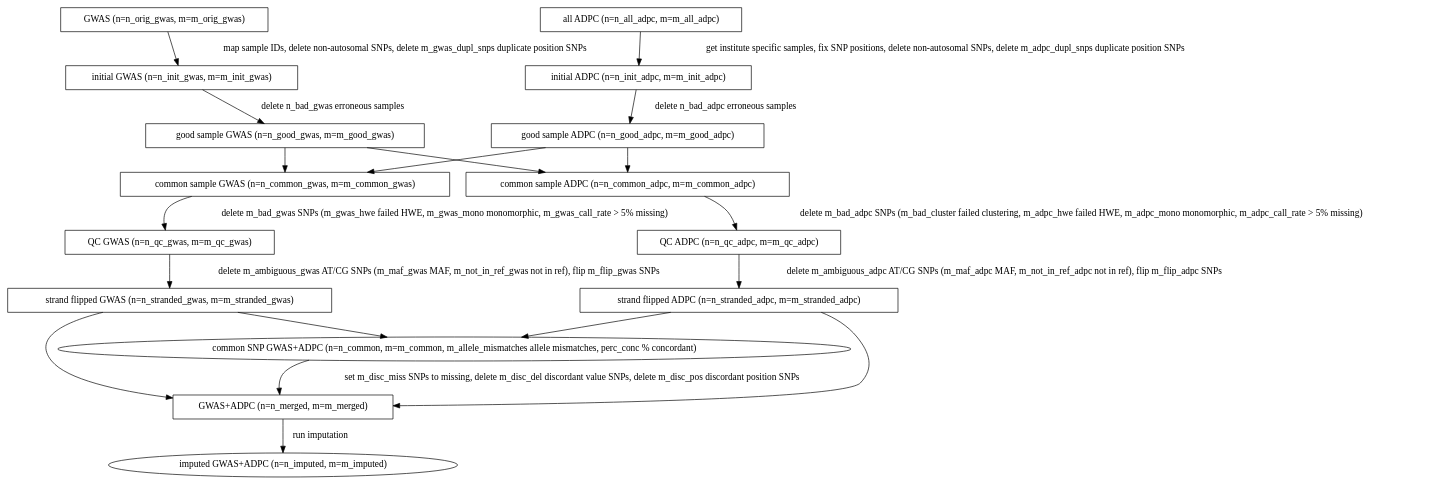
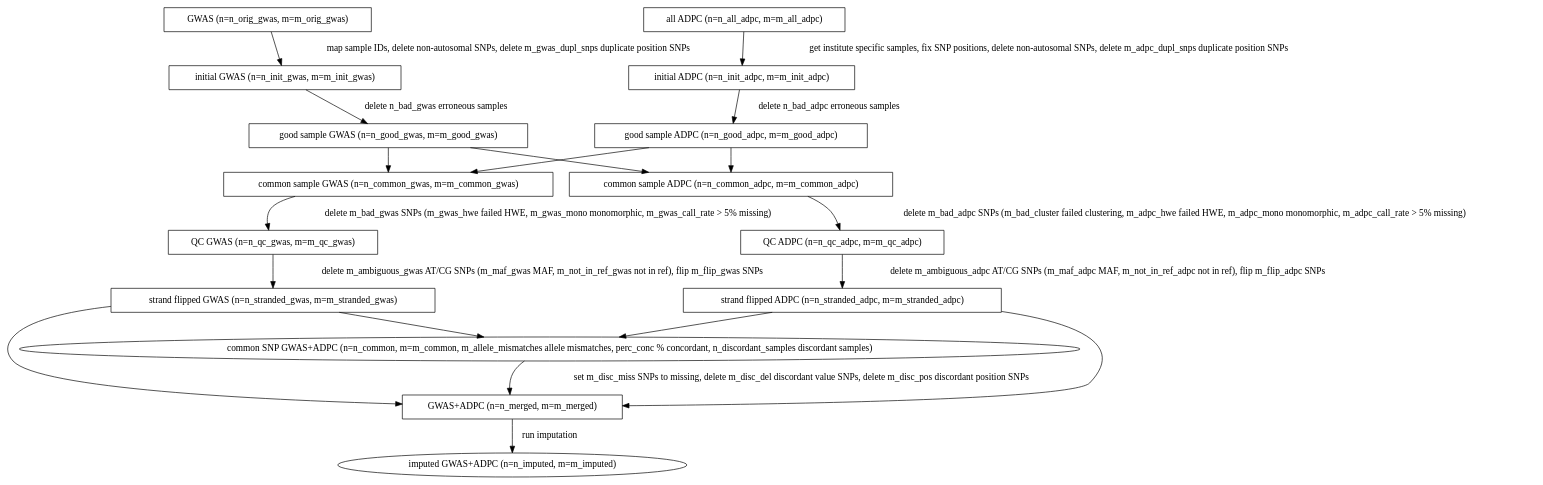
Before and after one commit to CAAPA/gwas_adpc_imputation_pipeline: the diagram in doc/flow.dot, drawn with Graphviz. The commit also changed 2 other files, not shown here.

Commit message:
Comitting changes to check if there are any discordant samplesy

```diff
--- a/doc/flow.dot
+++ b/doc/flow.dot
@@ -1,91 +1,91 @@
 #!dot
 digraph {
 
     //Initial GWAS flow
 
     ORIG_GWAS [label="GWAS (n=n_orig_gwas, m=m_orig_gwas)",
                shape=box] //params: n_orig_gwas, m_orig_gwas
     INIT_GWAS [label="initial GWAS (n=n_init_gwas, m=m_init_gwas)",
                shape=box] //params: n_init_gwas, m_init_gwas
     ORIG_GWAS -> INIT_GWAS [label= " map sample IDs, delete non-autosomal SNPs, delete m_gwas_dupl_snps duplicate position SNPs"];
                  //script: get_gwas_samples
 
 
     GOOD_GWAS [label="good sample GWAS (n=n_good_gwas, m=m_good_gwas)",
                shape=box] //params: n_good_gwas, m_good_gwas
     INIT_GWAS -> GOOD_GWAS [label=" delete n_bad_gwas erroneous samples"];
                 //script: get_good_samples; params: n_bad_gwas
 
     COMMON_GWAS [label="common sample GWAS (n=n_common_gwas, m=m_common_gwas)",
                  shape=box] //params: n_common_gwas, m=m_common_gwas
     GOOD_GWAS -> COMMON_GWAS;
                  //script: get_common_samples
 
     QC_GWAS [label="QC GWAS (n=n_qc_gwas, m=m_qc_gwas)",
              shape=box] //params: n_qc_gwas, m=m_qc_gwas
     COMMON_GWAS -> QC_GWAS [label=" delete m_bad_gwas SNPs (m_gwas_hwe failed HWE, m_gwas_mono monomorphic, m_gwas_call_rate > 5% missing)"];
                 //script: do_gwas_qc; params: m_bad_gwas
                 //m (whatever subcategories removed)
 
 
     FLIPPED_GWAS [label="strand flipped GWAS (n=n_stranded_gwas, m=m_stranded_gwas)",
                   shape=box] //params: n_stranded_gwas, m_stranded_gwas
     QC_GWAS -> FLIPPED_GWAS  [label=" delete m_ambiguous_gwas AT/CG SNPs (m_maf_gwas MAF, m_not_in_ref_gwas not in ref), flip m_flip_gwas SNPs"];
                  //script: flip_strands; params: m_flip_gwas, m_ambiguous_gwas
 
 
     //Initial ADPC flow
 
     ALL_ADPC [label="all ADPC (n=n_all_adpc, m=m_all_adpc)",
               shape=box] //params:n_all_adpc, m_all_adpc
     INIT_ADPC [label="initial ADPC (n=n_init_adpc, m=m_init_adpc)",
                shape=box] //params: n_init_adpc, m_init_adpc
     ALL_ADPC -> INIT_ADPC [label=" get institute specific samples, fix SNP positions, delete non-autosomal SNPs, delete m_adpc_dupl_snps duplicate position SNPs"]
                 //script: get_adpc_samples (site)
 
 
     GOOD_ADPC [label="good sample ADPC (n=n_good_adpc, m=m_good_adpc)",
                shape=box] //params: n_good_adpc, m_good_adpc
     INIT_ADPC -> GOOD_ADPC [label=" delete n_bad_adpc erroneous samples"];
                 //script: get_good_samples; params: n_bad_adpc
 
     COMMON_ADPC [label="common sample ADPC (n=n_common_adpc, m=m_common_adpc)",
                  shape=box] //params: n_common_adpc, m=m_common_adpc
     GOOD_ADPC -> COMMON_ADPC;
                  //script: get_common_samples
 
     QC_ADPC [label="QC ADPC (n=n_qc_adpc, m=m_qc_adpc)",
              shape=box] //params: n_qc_adpc, m=m_qc_adpc
     COMMON_ADPC -> QC_ADPC [label=" delete m_bad_adpc SNPs (m_bad_cluster failed clustering, m_adpc_hwe failed HWE, m_adpc_mono monomorphic, m_adpc_call_rate > 5% missing)"];
                 //script: do_adpc_qc; params: m_bad_adpc
                 //m (whatever subcategories removed)
                 //remember to also remove ACGT
 
     FLIPPED_ADPC [label="strand flipped ADPC (n=n_stranded_adpc, m=m_stranded_adpc)",
                   shape=box] //params: n_stranded_adpc, m_stranded_adpc
     QC_ADPC -> FLIPPED_ADPC [label=" delete m_ambiguous_adpc AT/CG SNPs (m_maf_adpc MAF, m_not_in_ref_adpc not in ref), flip m_flip_adpc SNPs"]
                  //script: flip_strands; params: m_flip_adpc, m_ambiguous_adpc
 
 
 
     //GWAS + ADPC flows
 
     GOOD_ADPC -> COMMON_GWAS;
     GOOD_GWAS -> COMMON_ADPC;
 
-    COMMON_SNP [label="common SNP GWAS+ADPC (n=n_common, m=m_common, m_allele_mismatches allele mismatches, perc_conc % concordant)",
+    COMMON_SNP [label="common SNP GWAS+ADPC (n=n_common, m=m_common, m_allele_mismatches allele mismatches, perc_conc % concordant, n_discordant_samples discordant samples)",
                 shape=ellipse] //params: n_common, m_common
     FLIPPED_GWAS -> COMMON_SNP; //script: get_common_snp_files
     FLIPPED_ADPC -> COMMON_SNP; //script: get_common_snp_files
 
     MERGED [label="GWAS+ADPC (n=n_merged, m=m_merged)",
             shape=box] //params: n_merged, m_merged
     COMMON_SNP -> MERGED [label= " set m_disc_miss SNPs to missing, delete m_disc_del discordant value SNPs, delete m_disc_pos discordant position SNPs"];
             //script: merge_adpc_gwas; params: m_disc_miss, m_disc_del
     FLIPPED_GWAS -> MERGED;
     FLIPPED_ADPC -> MERGED;
 
     IMPUTED [label="imputed GWAS+ADPC (n=n_imputed, m=m_imputed)"]
     MERGED -> IMPUTED [label=" run imputation"];
                 //script:
 }
```
